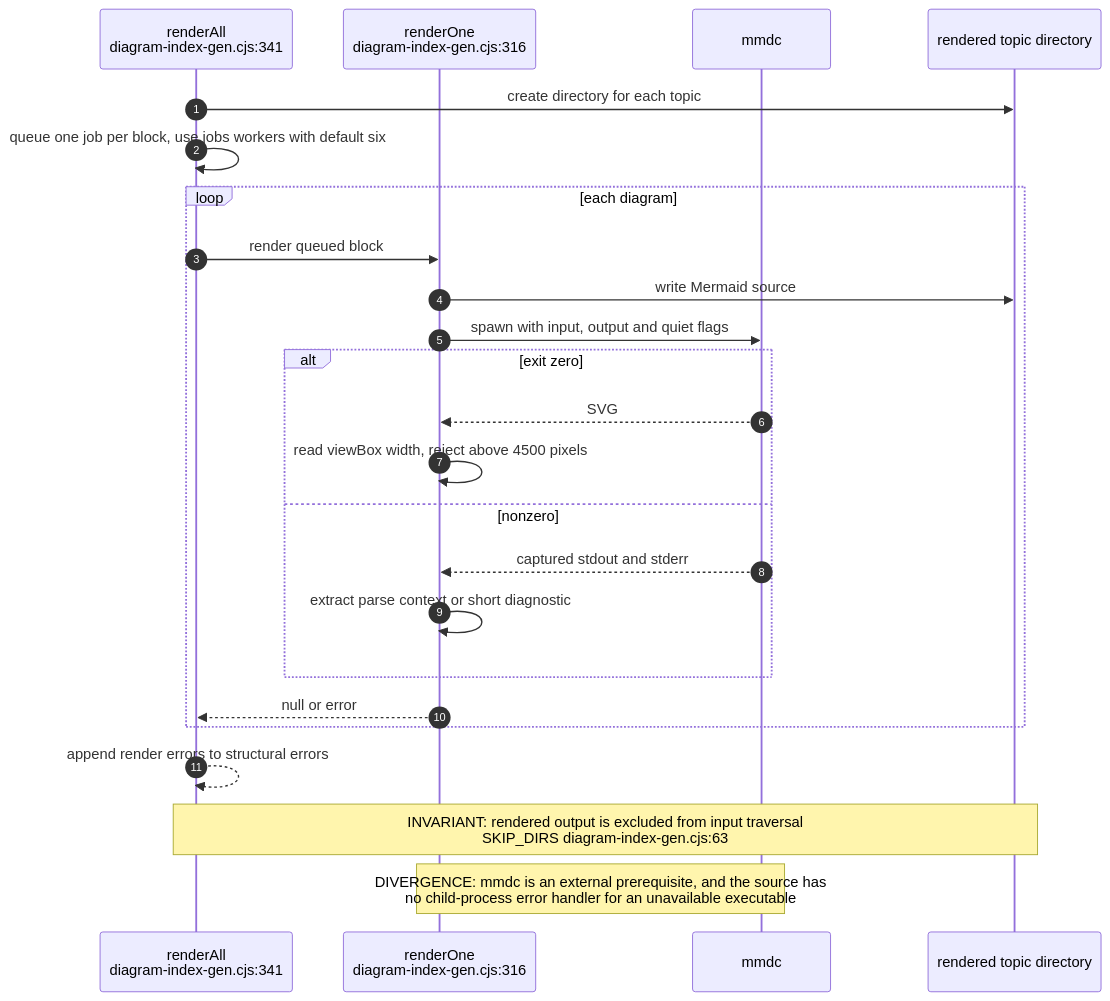
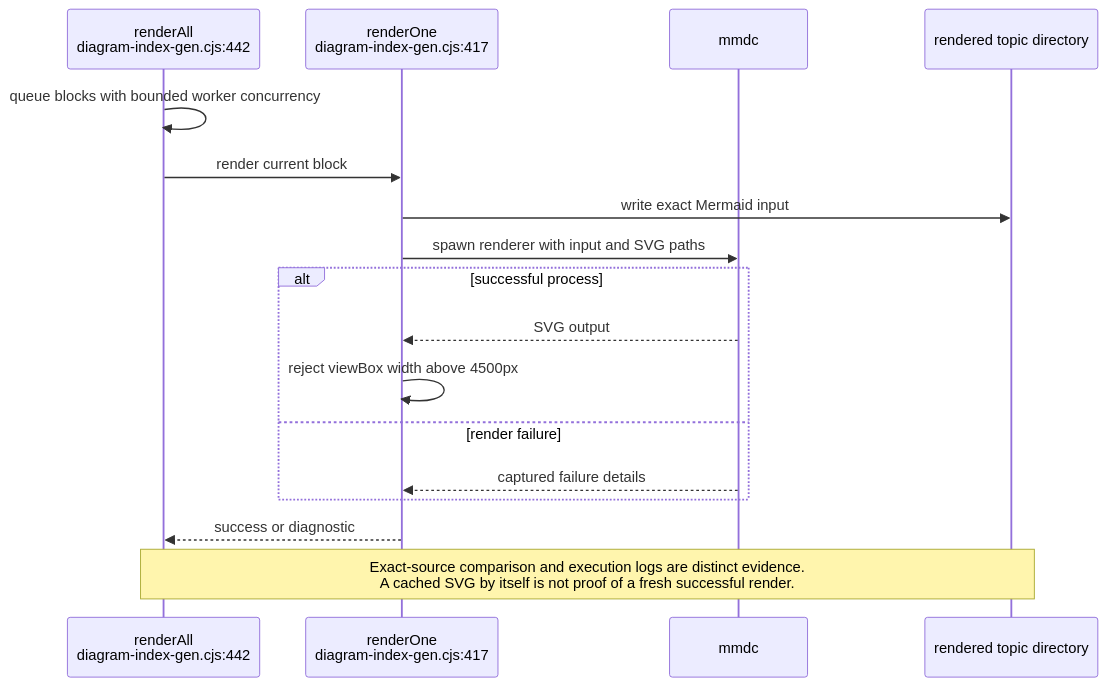
One commit to DreamLab-AI/VisionFlow changed diagram 11 of 13 in docs/diagrams/visionflow/06-diagram-tooling.md. Above: the diagram before and after it, drawn with Mermaid. The commit also changed other lines of this file and 20 other files, not shown here.

````diff
--- a/docs/diagrams/visionflow/06-diagram-tooling.md
+++ b/docs/diagrams/visionflow/06-diagram-tooling.md
@@ -335,26 +334,19 @@
 ```mermaid
 sequenceDiagram
-    autonumber
-    participant G as renderAll<br/>diagram-index-gen.cjs:341
-    participant R as renderOne<br/>diagram-index-gen.cjs:316
+    participant G as renderAll<br/>diagram-index-gen.cjs:442
+    participant R as renderOne<br/>diagram-index-gen.cjs:417
     participant M as mmdc
     participant O as rendered topic directory
-    G->>O: create directory for each topic
-    G->>G: queue one job per block, use jobs workers with default six
-    loop each diagram
-        G->>R: render queued block
-        R->>O: write Mermaid source
-        R->>M: spawn with input, output and quiet flags
-        alt exit zero
-            M-->>R: SVG
-            R->>R: read viewBox width, reject above 4500 pixels
-        else nonzero
-            M-->>R: captured stdout and stderr
-            R->>R: extract parse context or short diagnostic
-        end
-        R-->>G: null or error
+    G->>G: queue blocks with bounded worker concurrency
+    G->>R: render current block
+    R->>O: write exact Mermaid input
+    R->>M: spawn renderer with input and SVG paths
+    alt successful process
+        M-->>R: SVG output
+        R->>R: reject viewBox width above 4500px
+    else render failure
+        M-->>R: captured failure details
     end
-    G-->>G: append render errors to structural errors
-    Note over G,O: INVARIANT: rendered output is excluded from input traversal<br/>SKIP_DIRS diagram-index-gen.cjs:63
-    Note over R,M: DIVERGENCE: mmdc is an external prerequisite, and the source has<br/>no child-process error handler for an unavailable executable
+    R-->>G: success or diagnostic
+    Note over G,O: Exact-source comparison and execution logs are distinct evidence.<br/>A cached SVG by itself is not proof of a fresh successful render.
 ```
````
